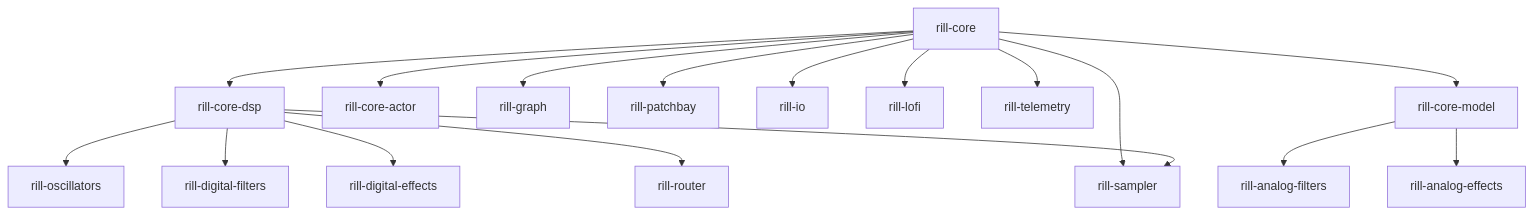
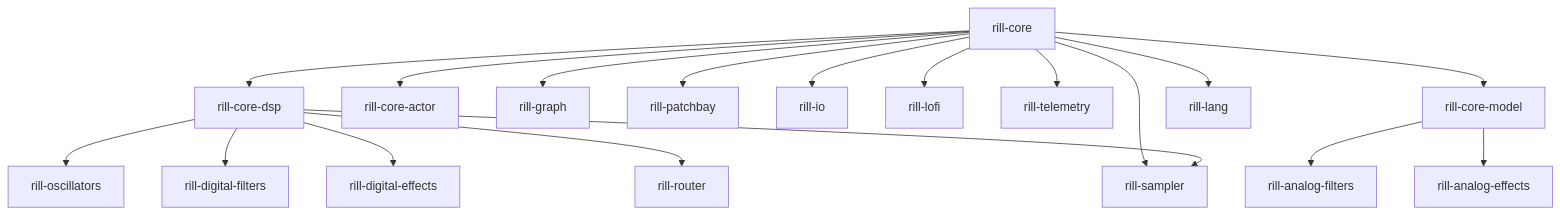
One commit to digitalrats/rill changed the diagram in README.md. Above: the diagram before and after it, drawn with Mermaid. The commit also changed other lines of this file, not shown here.

Commit message:
hotfix(docs): add rill-lang to README crate list, diagram, dep graph; fix counts

````diff
--- a/README.md
+++ b/README.md
@@ -197,19 +198,20 @@
 ```mermaid
 graph TD
     CORE[rill-core] --> CORE_DSP[rill-core-dsp]
     CORE --> CORE_ACTOR[rill-core-actor]
     CORE --> GRAPH[rill-graph]
     CORE_DSP --> OSC[rill-oscillators]
     CORE_DSP --> FILTERS[rill-digital-filters]
     CORE_DSP --> EFFECTS[rill-digital-effects]
     CORE_DSP --> ROUTER[rill-router]
     CORE --> PATCHBAY[rill-patchbay]
     CORE --> IO[rill-io]
     CORE --> LOFI[rill-lofi]
     CORE --> TELEMETRY[rill-telemetry]
     CORE --> CORE_WDF[rill-core-model]
     CORE_WDF --> ANALOG_FILTERS[rill-analog-filters]
     CORE_WDF --> ANALOG_EFFECTS[rill-analog-effects]
     CORE --> SAMPLER[rill-sampler]
     CORE_DSP --> SAMPLER
+    CORE --> LANG[rill-lang]
 ```
````
